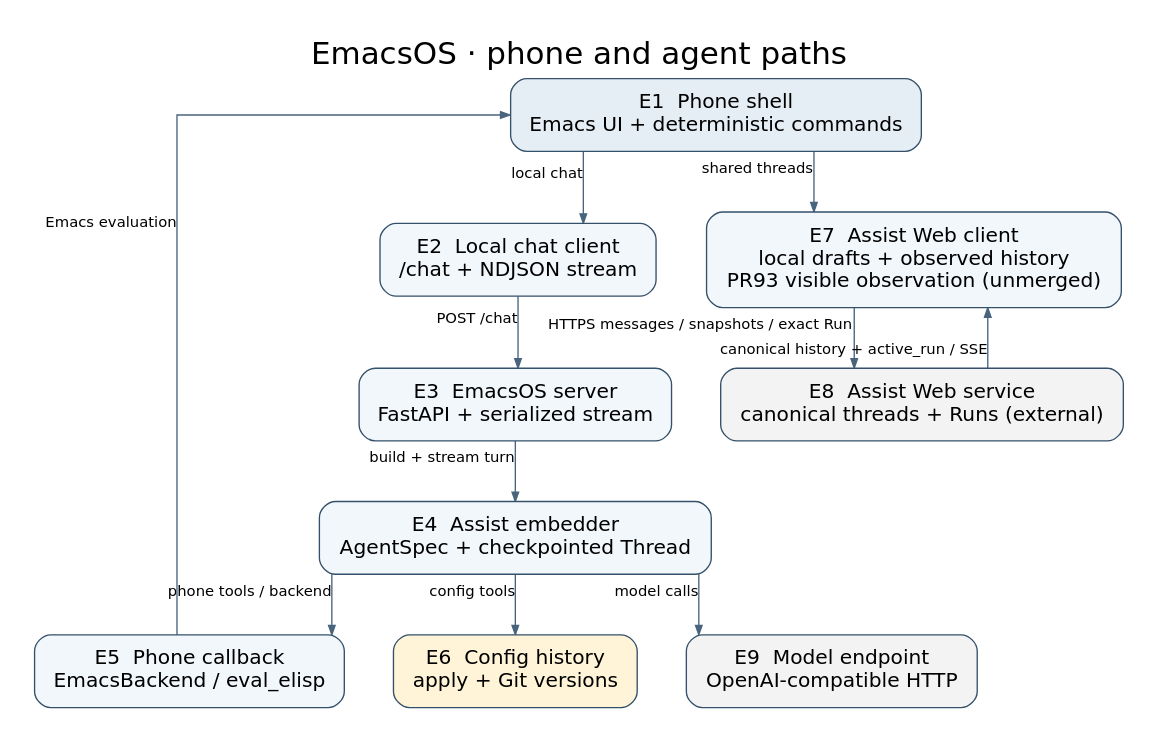
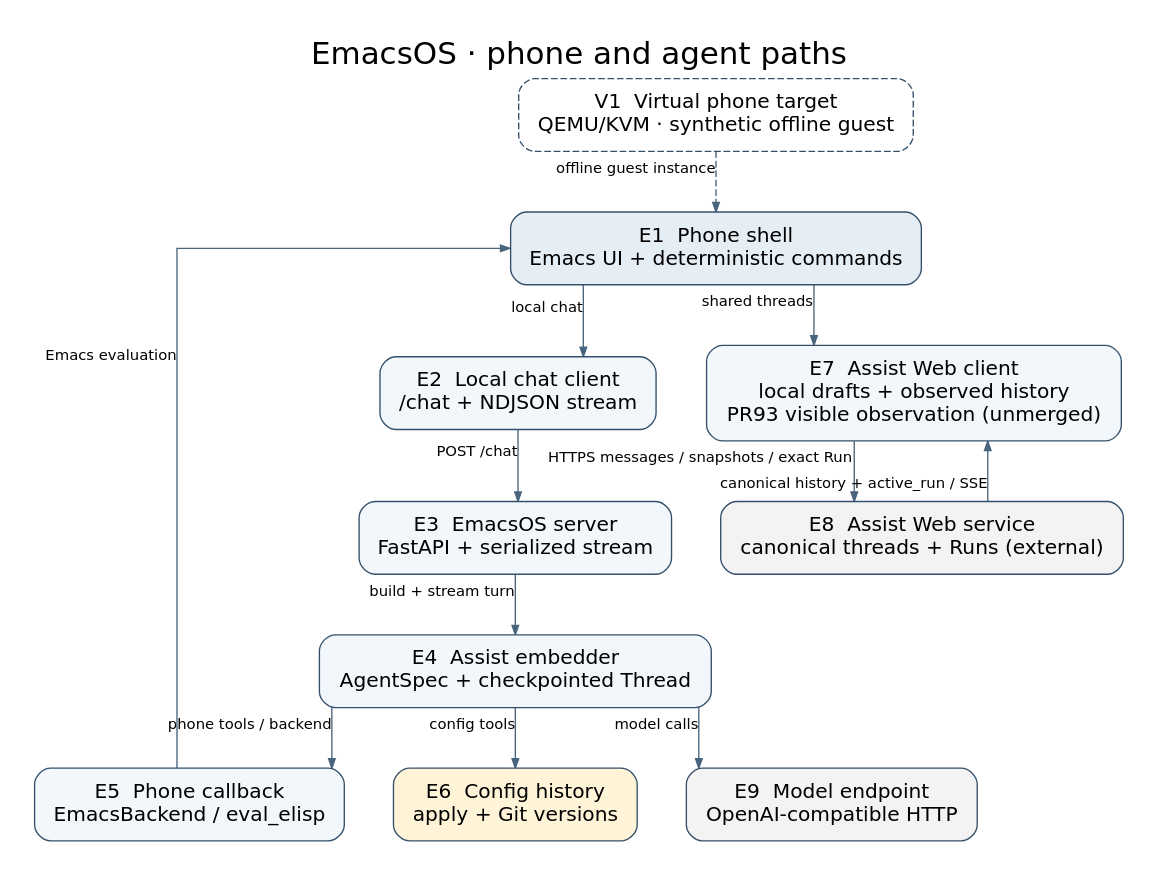
The diagram in docs/architecture.dot (pierrel/emacsos), drawn with Graphviz before and after one commit. The commit also changed 20 other files, not shown here.

Commit message:
Add a shared-runtime virtual phone target and native operations

```diff
--- a/docs/architecture.dot
+++ b/docs/architecture.dot
@@ -1,33 +1,37 @@
 digraph EmacsOS {
   graph [label="EmacsOS · phone and agent paths", labelloc=t,
          fontname="DejaVu Sans", fontsize=23, bgcolor="white",
          rankdir=TB, pad=0.25, nodesep=0.5, ranksep=0.62,
          splines=ortho, outputorder=edgesfirst];
   node [shape=box, style="rounded,filled", color="#34506a",
         fillcolor="#f2f7fc", fontname="DejaVu Sans", fontsize=15,
         margin="0.19,0.14"];
   edge [fontname="DejaVu Sans", fontsize=11, color="#49647d",
         arrowsize=0.7];
+
+  V1 [label="V1  Virtual phone target\nQEMU/KVM · synthetic offline guest",
+      style="rounded,dashed", fillcolor="#ffffff"];
+  V1 -> E1 [xlabel="offline guest instance", style=dashed];
 
   E1 [label="E1  Phone shell\nEmacs UI + deterministic commands",
       fillcolor="#e5edf5"];
   E2 [label="E2  Local chat client\n/chat + NDJSON stream"];
   E3 [label="E3  EmacsOS server\nFastAPI + serialized stream"];
   E4 [label="E4  Assist embedder\nAgentSpec + checkpointed Thread"];
   E5 [label="E5  Phone callback\nEmacsBackend / eval_elisp"];
   E6 [label="E6  Config history\napply + Git versions", fillcolor="#fff4d7"];
   E7 [label="E7  Assist Web client\nlocal drafts + observed history\nPR93 visible observation (unmerged)"];
   E8 [label="E8  Assist Web service\ncanonical threads + Runs (external)", fillcolor="#f3f3f3"];
   E9 [label="E9  Model endpoint\nOpenAI-compatible HTTP", fillcolor="#f3f3f3"];
 
   E1 -> E2 [xlabel="local chat"];
   E2 -> E3 [xlabel="POST /chat"];
   E3 -> E4 [xlabel="build + stream turn"];
   E4 -> E5 [xlabel="phone tools / backend"];
   E5:w -> E1:w [xlabel="Emacs evaluation", constraint=false];
   E4 -> E6 [xlabel="config tools"];
   E4 -> E9 [xlabel="model calls"];
   E1 -> E7 [xlabel="shared threads"];
   E7 -> E8 [xlabel="HTTPS messages / snapshots / exact Run"];
   E8 -> E7 [xlabel="canonical history + active_run / SSE", constraint=false];
 }
```
